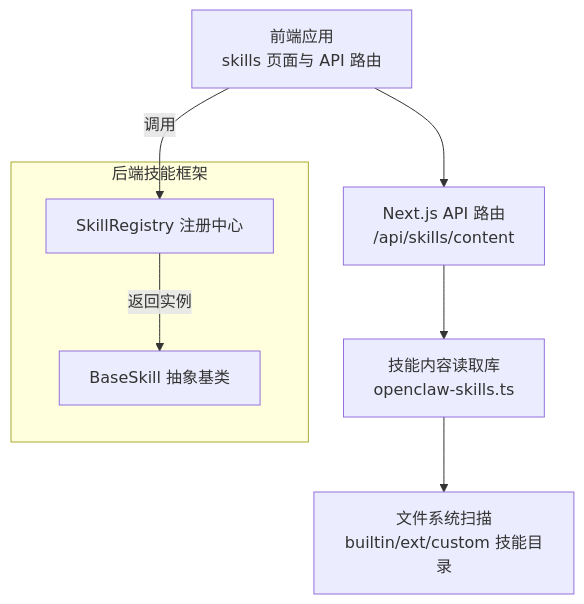
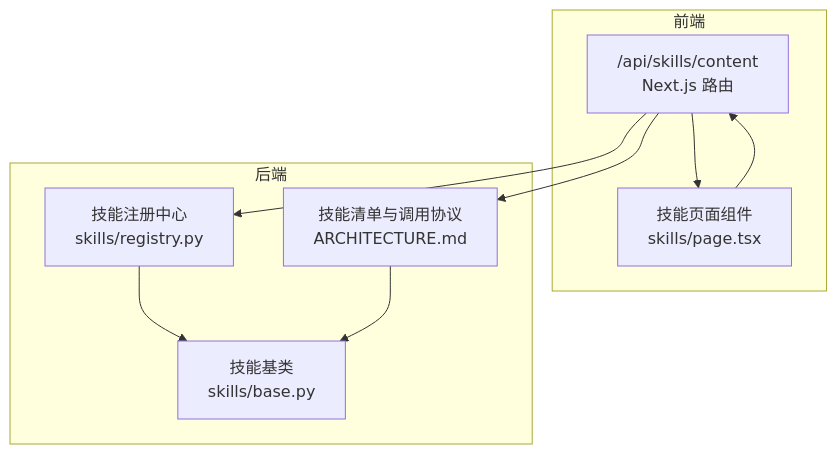
One commit to sansansansansan2022-web/hotclaw changed the first of 6 diagrams in .qoder/repowiki/zh/content/技能系统/内置技能实现/新闻抓取技能.md. Above: the diagram before and after it, drawn with Mermaid. The commit also changed other lines of this file and 288 other files, not shown here.

````diff
--- a/.qoder/repowiki/zh/content/技能系统/内置技能实现/新闻抓取技能.md
+++ b/.qoder/repowiki/zh/content/技能系统/内置技能实现/新闻抓取技能.md
@@ -39,12 +33,18 @@
 ```mermaid
 graph TB
-FE["前端应用<br/>skills 页面与 API 路由"] --> API["Next.js API 路由<br/>/api/skills/content"]
-API --> Lib["技能内容读取库<br/>openclaw-skills.ts"]
-Lib --> FS["文件系统扫描<br/>builtin/ext/custom 技能目录"]
-subgraph "后端技能框架"
-Base["BaseSkill 抽象基类"]
-Reg["SkillRegistry 注册中心"]
+subgraph "前端"
+FE_API["/api/skills/content<br/>Next.js 路由"]
+FE_PAGE["技能页面组件<br/>skills/page.tsx"]
 end
-FE --> |调用| Reg
-Reg --> |返回实例| Base
+subgraph "后端"
+SKILL_BASE["技能基类<br/>skills/base.py"]
+SKILL_REG["技能注册中心<br/>skills/registry.py"]
+MANIFEST["技能清单与调用协议<br/>ARCHITECTURE.md"]
+end
+FE_API --> FE_PAGE
+FE_PAGE --> FE_API
+FE_API --> MANIFEST
+FE_API --> SKILL_REG
+SKILL_REG --> SKILL_BASE
+MANIFEST --> SKILL_BASE
 ```
````
